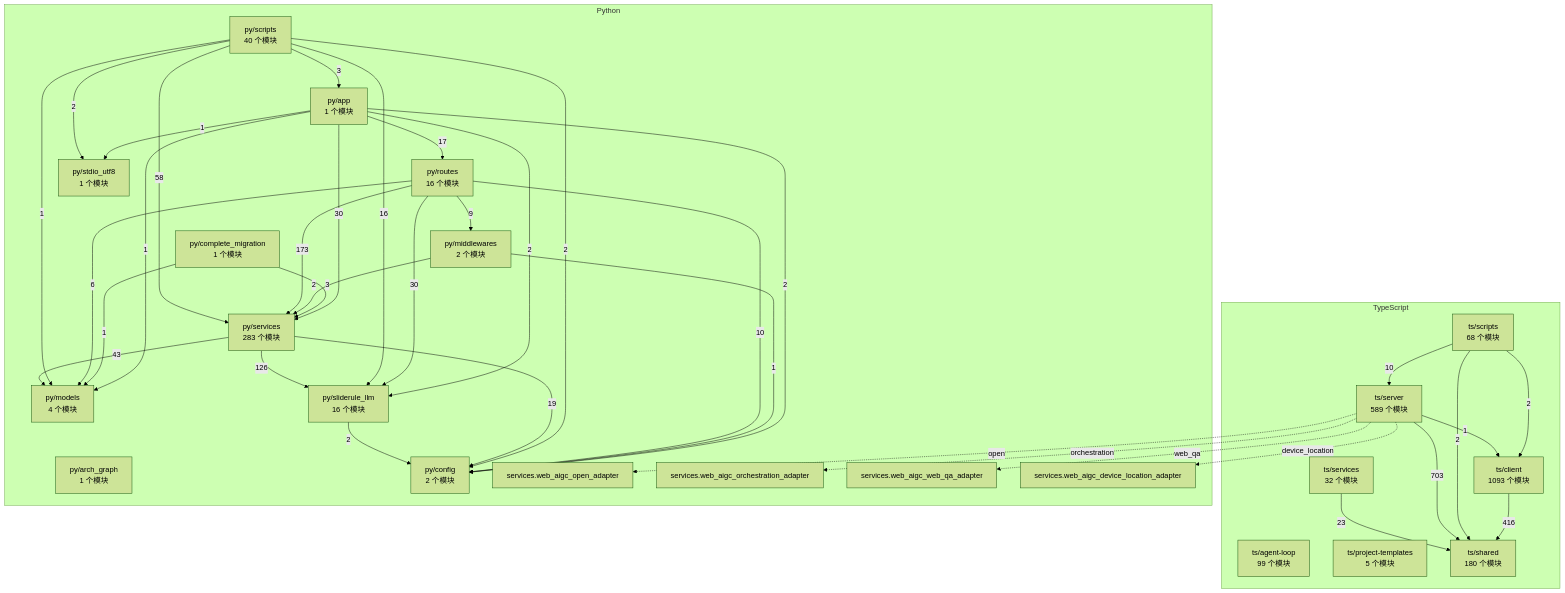
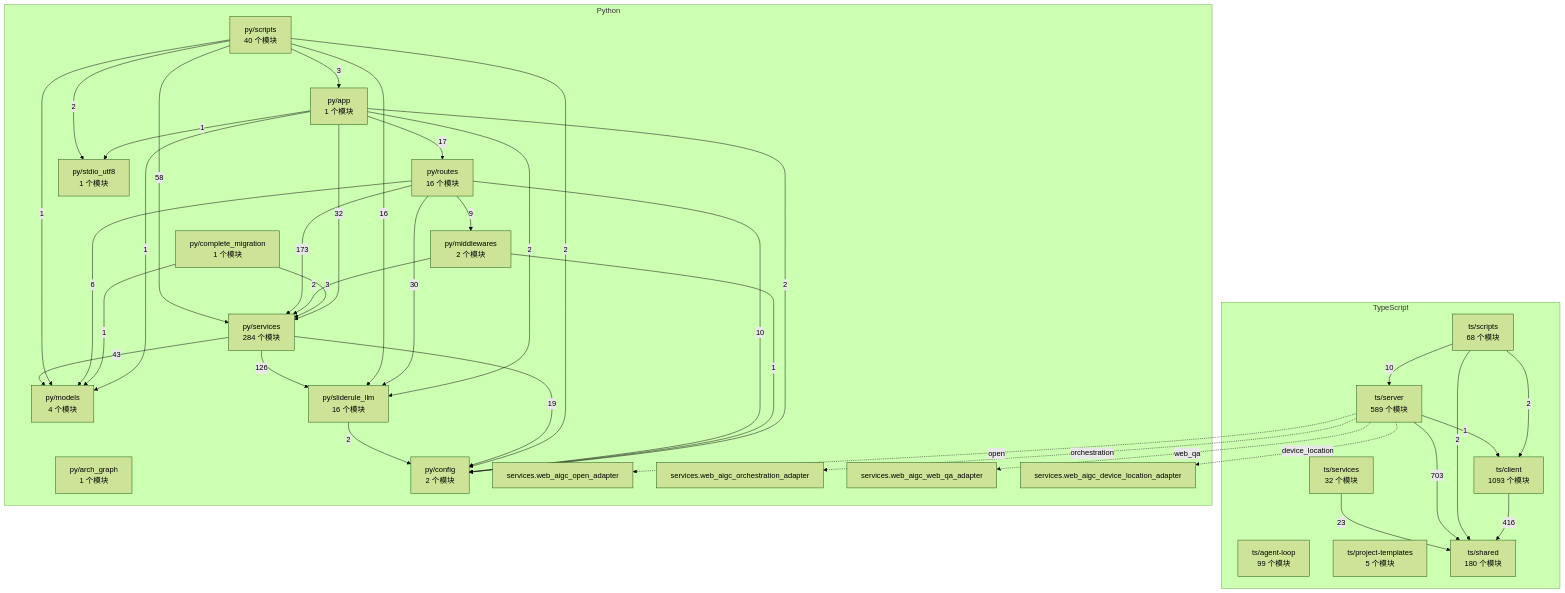
The diagram in docs/WhyBuddy 全仓架构图（自动生成）.md (2686521696/WhyBuddy), drawn with Mermaid (forest theme) before and after one commit. The commit also changed 8 other files, not shown here.

````diff
--- a/docs/WhyBuddy 全仓架构图（自动生成）.md
+++ b/docs/WhyBuddy 全仓架构图（自动生成）.md
@@ -14,65 +14,65 @@
 ```mermaid
 flowchart TB
   subgraph ts [TypeScript]
     ts_agent_loop["ts/agent-loop<br/>99 个模块"]
     ts_client["ts/client<br/>1093 个模块"]
     ts_project_templates["ts/project-templates<br/>5 个模块"]
     ts_scripts["ts/scripts<br/>68 个模块"]
     ts_server["ts/server<br/>589 个模块"]
     ts_services["ts/services<br/>32 个模块"]
     ts_shared["ts/shared<br/>180 个模块"]
   end
   subgraph py [Python]
     py_app["py/app<br/>1 个模块"]
     py_arch_graph["py/arch_graph<br/>1 个模块"]
     py_complete_migration["py/complete_migration<br/>1 个模块"]
     py_config["py/config<br/>2 个模块"]
     py_middlewares["py/middlewares<br/>2 个模块"]
     py_models["py/models<br/>4 个模块"]
     py_routes["py/routes<br/>16 个模块"]
     py_scripts["py/scripts<br/>40 个模块"]
-    py_services["py/services<br/>283 个模块"]
+    py_services["py/services<br/>284 个模块"]
     py_sliderule_llm["py/sliderule_llm<br/>16 个模块"]
     py_stdio_utf8["py/stdio_utf8<br/>1 个模块"]
     py_services_web_aigc_open_adapter["services.web_aigc_open_adapter"]
     py_services_web_aigc_orchestration_adapter["services.web_aigc_orchestration_adapter"]
     py_services_web_aigc_web_qa_adapter["services.web_aigc_web_qa_adapter"]
     py_services_web_aigc_device_location_adapter["services.web_aigc_device_location_adapter"]
   end
   ts_client -->|416| ts_shared
   ts_scripts -->|2| ts_client
   ts_scripts -->|10| ts_server
   ts_scripts -->|2| ts_shared
   ts_server -->|1| ts_client
   ts_server -->|703| ts_shared
   ts_services -->|23| ts_shared
   py_app -->|2| py_config
   py_app -->|1| py_models
   py_app -->|17| py_routes
-  py_app -->|30| py_services
+  py_app -->|32| py_services
   py_app -->|2| py_sliderule_llm
   py_app -->|1| py_stdio_utf8
   py_complete_migration -->|1| py_models
   py_complete_migration -->|3| py_services
   py_middlewares -->|1| py_config
   py_middlewares -->|2| py_services
   py_routes -->|10| py_config
   py_routes -->|9| py_middlewares
   py_routes -->|6| py_models
   py_routes -->|173| py_services
   py_routes -->|30| py_sliderule_llm
   py_scripts -->|3| py_app
   py_scripts -->|2| py_config
   py_scripts -->|1| py_models
   py_scripts -->|58| py_services
   py_scripts -->|16| py_sliderule_llm
   py_scripts -->|2| py_stdio_utf8
   py_services -->|19| py_config
   py_services -->|43| py_models
   py_services -->|126| py_sliderule_llm
   py_sliderule_llm -->|2| py_config
   ts_server -.->|open| py_services_web_aigc_open_adapter
   ts_server -.->|orchestration| py_services_web_aigc_orchestration_adapter
   ts_server -.->|web_qa| py_services_web_aigc_web_qa_adapter
   ts_server -.->|device_location| py_services_web_aigc_device_location_adapter
 ```
````
